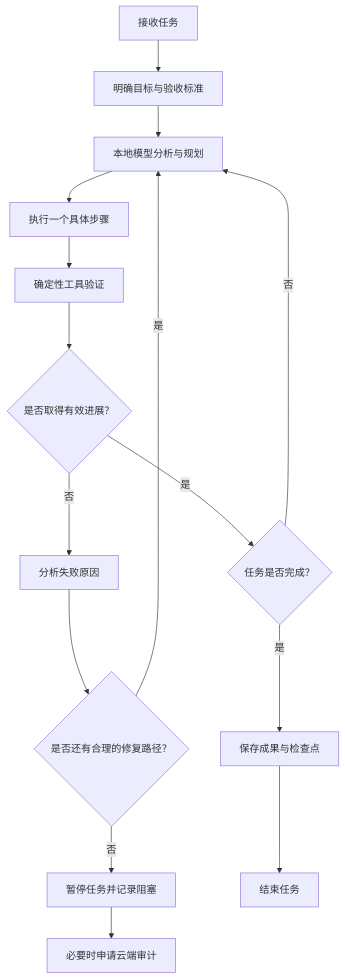
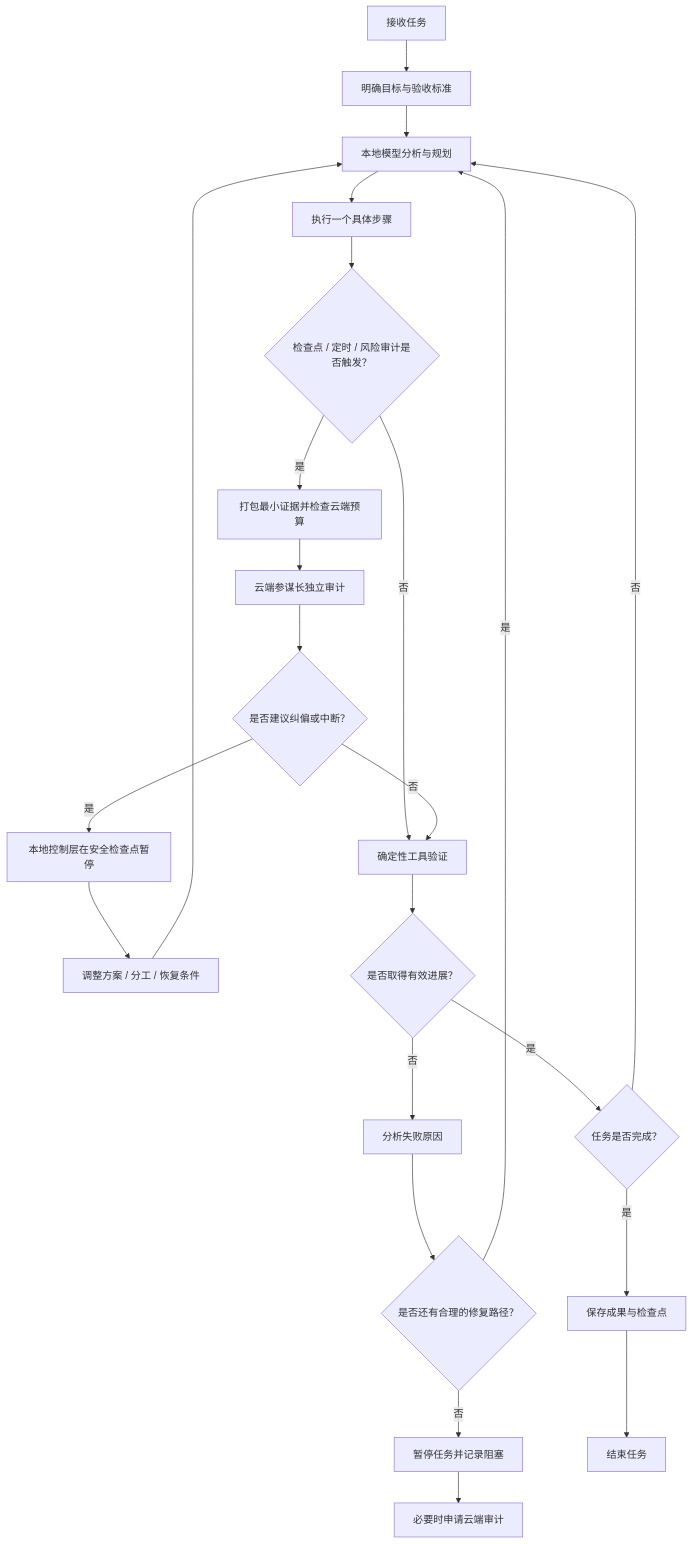
One commit to orange-lee-tech/Artificial-Intelligence changed the diagram in docs/deployments/deepseek-harness-mac-mini-m4/PACS-AUTONOMOUS-WORK-LOOP-AND-CLOUD-STAFF-ROLE.md. Above: the diagram before and after it, drawn with Mermaid.

Commit message:
docs(pacs): add scheduled cloud audit branch to work loop

````diff
--- a/docs/deployments/deepseek-harness-mac-mini-m4/PACS-AUTONOMOUS-WORK-LOOP-AND-CLOUD-STAFF-ROLE.md
+++ b/docs/deployments/deepseek-harness-mac-mini-m4/PACS-AUTONOMOUS-WORK-LOOP-AND-CLOUD-STAFF-ROLE.md
@@ -67,17 +67,25 @@
 ```mermaid
 flowchart TD
     A["接收任务"] --> B["明确目标与验收标准"]
     B --> C["本地模型分析与规划"]
     C --> D["执行一个具体步骤"]
-    D --> E["确定性工具验证"]
+    D --> M{"检查点 / 定时 / 风险审计是否触发？"}
+    M -->|否| E["确定性工具验证"]
+    M -->|是| N["打包最小证据并检查云端预算"]
+    N --> O["云端参谋长独立审计"]
+    O --> P{"是否建议纠偏或中断？"}
+    P -->|否| E
+    P -->|是| Q["本地控制层在安全检查点暂停"]
+    Q --> R["调整方案 / 分工 / 恢复条件"]
+    R --> C
     E --> F{"是否取得有效进展？"}
     F -->|是| G{"任务是否完成？"}
     G -->|否| C
     G -->|是| H["保存成果与检查点"]
     F -->|否| I["分析失败原因"]
     I --> J{"是否还有合理的修复路径？"}
     J -->|是| C
     J -->|否| K["暂停任务并记录阻塞"]
     K --> L["必要时申请云端审计"]
-    H --> M["结束任务"]
+    H --> S["结束任务"]
 ```
````
